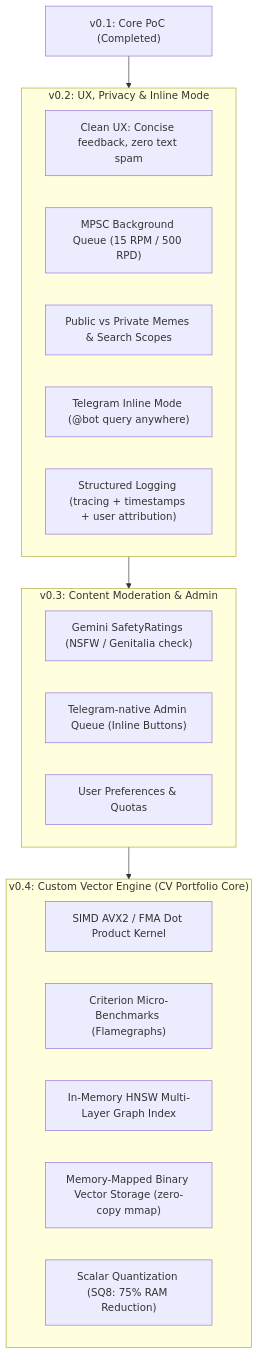
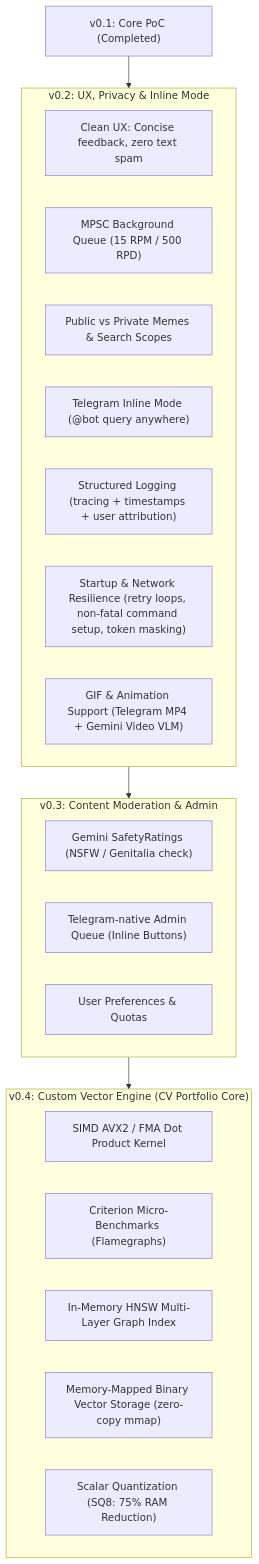
Before and after one commit to MykhailoRospopchuk/MnemosyneM: the first of 2 diagrams in ROADMAP.md, drawn with Mermaid. The commit also changed other lines of this file and 1 other file, not shown here.

````diff
--- a/ROADMAP.md
+++ b/ROADMAP.md
@@ -10,28 +10,30 @@
 ```mermaid
 flowchart TD
     M1["v0.1: Core PoC (Completed)"] --> M2["v0.2: UX, Rate-Limiting & Inline Mode"]
     M2 --> M3["v0.3: Content Moderation & Telegram Admin Panel"]
     M3 --> M4["v0.4: Custom Vector Engine from Scratch (HNSW + SIMD + mmap)"]
 
     subgraph M2 ["v0.2: UX, Privacy & Inline Mode"]
         UX["Clean UX: Concise feedback, zero text spam"]
         Queue["MPSC Background Queue (15 RPM / 500 RPD)"]
         Privacy["Public vs Private Memes & Search Scopes"]
         Inline["Telegram Inline Mode (@bot query anywhere)"]
         Logging["Structured Logging (tracing + timestamps + user attribution)"]
+        Resilience["Startup & Network Resilience (retry loops, non-fatal command setup, token masking)"]
+        GIFs["GIF & Animation Support (Telegram MP4 + Gemini Video VLM)"]
     end
 
     subgraph M3 ["v0.3: Content Moderation & Admin"]
         GeminiSafety["Gemini SafetyRatings (NSFW / Genitalia check)"]
         AdminTG["Telegram-native Admin Queue (Inline Buttons)"]
         UserMgmt["User Preferences & Quotas"]
     end
 
     subgraph M4 ["v0.4: Custom Vector Engine (CV Portfolio Core)"]
         SIMD["SIMD AVX2 / FMA Dot Product Kernel"]
         Criterion["Criterion Micro-Benchmarks (Flamegraphs)"]
         HNSW["In-Memory HNSW Multi-Layer Graph Index"]
         Mmap["Memory-Mapped Binary Vector Storage (zero-copy mmap)"]
         SQ8["Scalar Quantization (SQ8: 75% RAM Reduction)"]
     end
 ```
````
